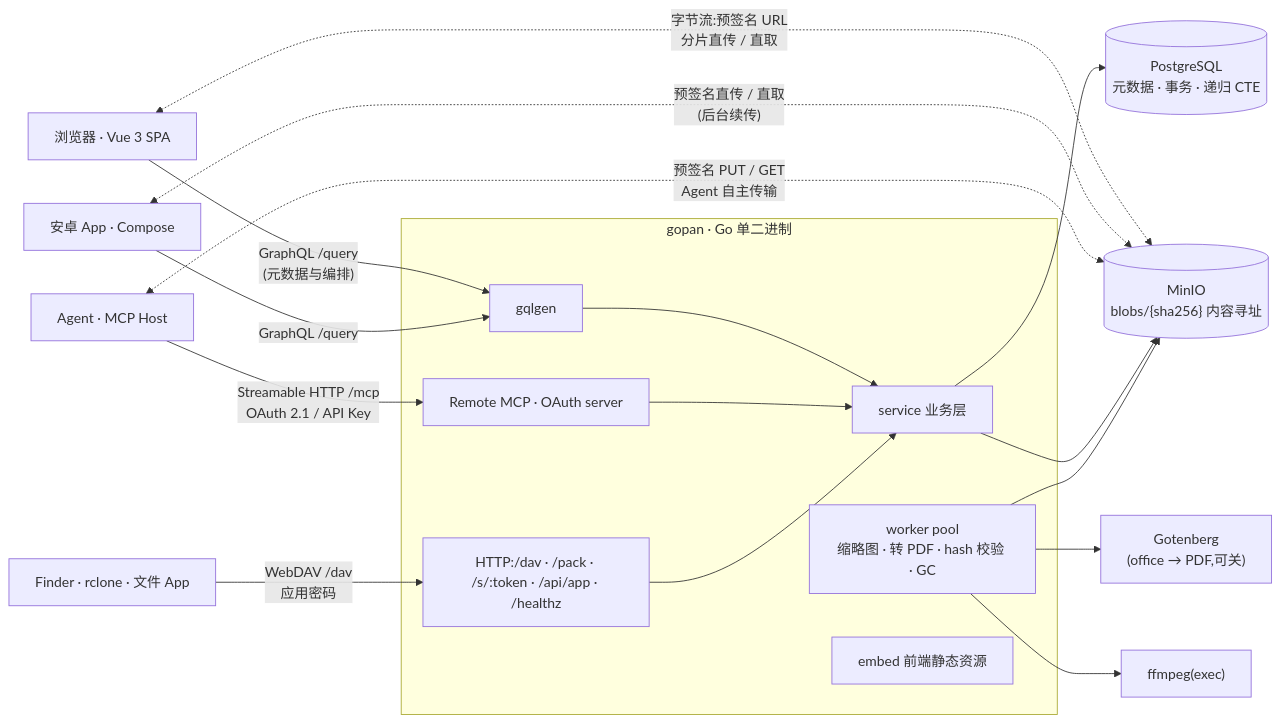
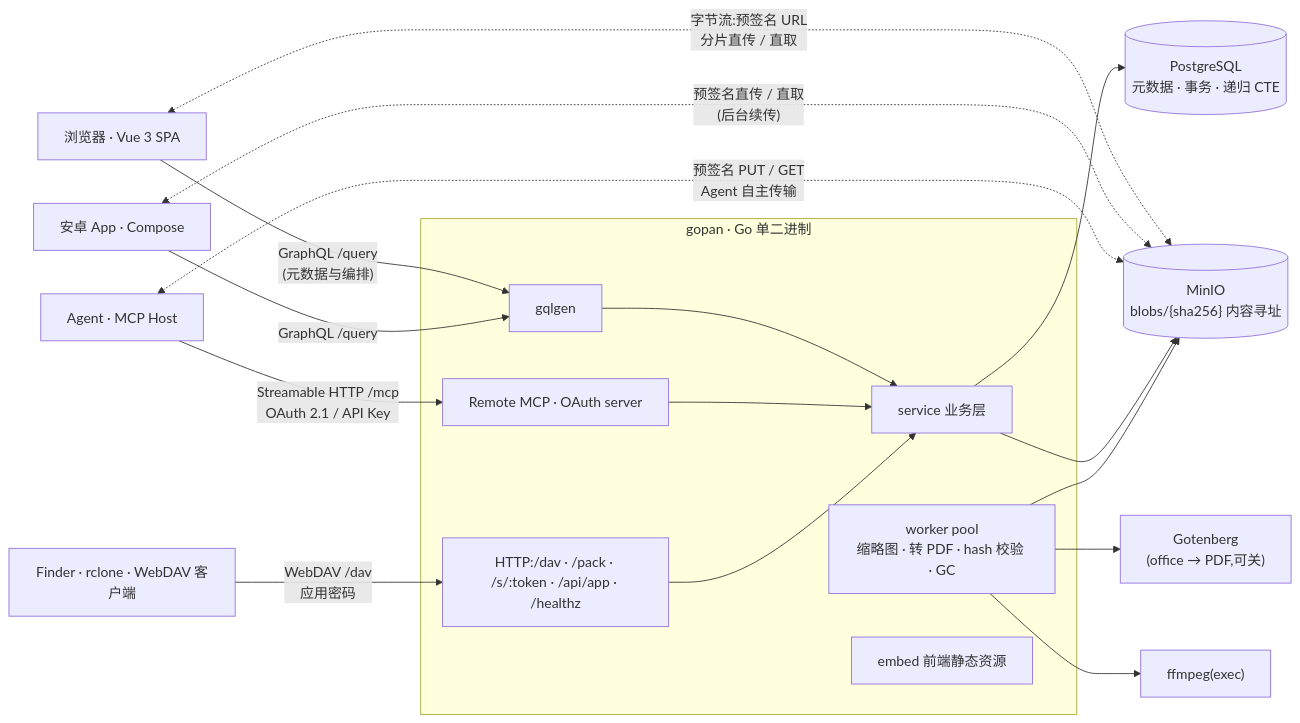
The diagram in README.md (yophon/gopan), drawn with Mermaid before and after one commit. The commit also changed 2 other files, not shown here.

Commit message:
docs: 更正 iPhone「文件」App 不支持 WebDAV,改为推荐 WebDAV 客户端

````diff
--- a/README.md
+++ b/README.md
@@ -26,25 +26,25 @@
 ```mermaid
 flowchart LR
     Browser["浏览器 · Vue 3 SPA"]
     Browser -- "GraphQL /query<br/>(元数据与编排)" --> GQL
     Browser <-. "字节流:预签名 URL<br/>分片直传 / 直取" .-> MinIO
     Android["安卓 App · Compose"] -- "GraphQL /query" --> GQL
     Android <-. "预签名直传 / 直取<br/>(后台续传)" .-> MinIO
     Agent["Agent · MCP Host"] -- "Streamable HTTP /mcp<br/>OAuth 2.1 / API Key" --> MCP
     Agent <-. "预签名 PUT / GET<br/>Agent 自主传输" .-> MinIO
-    DAV["Finder · rclone · 文件 App"] -- "WebDAV /dav<br/>应用密码" --> REST
+    DAV["Finder · rclone · WebDAV 客户端"] -- "WebDAV /dav<br/>应用密码" --> REST
 
     subgraph Gopan["gopan · Go 单二进制"]
         GQL["gqlgen"] --> Service["service 业务层"]
         MCP["Remote MCP · OAuth server"] --> Service
         REST["HTTP:/dav · /pack · /s/:token · /api/app · /healthz"] --> Service
         Worker["worker pool<br/>缩略图 · 转 PDF · hash 校验 · GC"]
         Embed["embed 前端静态资源"]
     end
 
     Service --> PG[("PostgreSQL<br/>元数据 · 事务 · 递归 CTE")]
     Service --> MinIO[("MinIO<br/>blobs/{sha256} 内容寻址")]
     Worker --> MinIO
     Worker --> GT["Gotenberg<br/>(office → PDF,可关)"]
     Worker --> FF["ffmpeg(exec)"]
 ```
````
